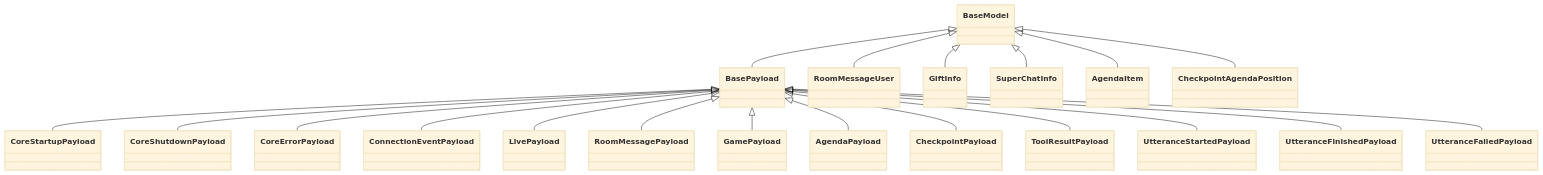
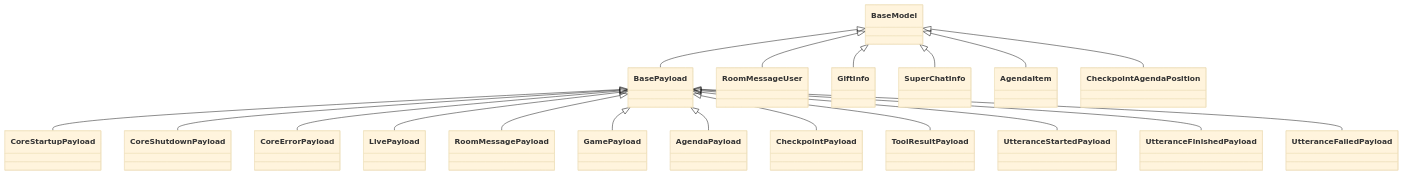
One commit to Mai-with-u/Amaidesu changed the second of 4 diagrams in docs/architecture/event-system.md. Above: the diagram before and after it, drawn with Mermaid (base theme). The commit also changed other lines of this file and 54 other files, not shown here.

````diff
--- a/docs/architecture/event-system.md
+++ b/docs/architecture/event-system.md
@@ -336,22 +335,21 @@
 ```mermaid
 classDiagram
     BaseModel <|-- BasePayload
     BasePayload <|-- CoreStartupPayload
     BasePayload <|-- CoreShutdownPayload
     BasePayload <|-- CoreErrorPayload
-    BasePayload <|-- ConnectionEventPayload
     BasePayload <|-- LivePayload
     BasePayload <|-- RoomMessagePayload
     BasePayload <|-- GamePayload
     BasePayload <|-- AgendaPayload
     BasePayload <|-- CheckpointPayload
     BasePayload <|-- ToolResultPayload
     BasePayload <|-- UtteranceStartedPayload
     BasePayload <|-- UtteranceFinishedPayload
     BasePayload <|-- UtteranceFailedPayload
     BaseModel <|-- RoomMessageUser
     BaseModel <|-- GiftInfo
     BaseModel <|-- SuperChatInfo
     BaseModel <|-- AgendaItem
     BaseModel <|-- CheckpointAgendaPosition
 ```
````
